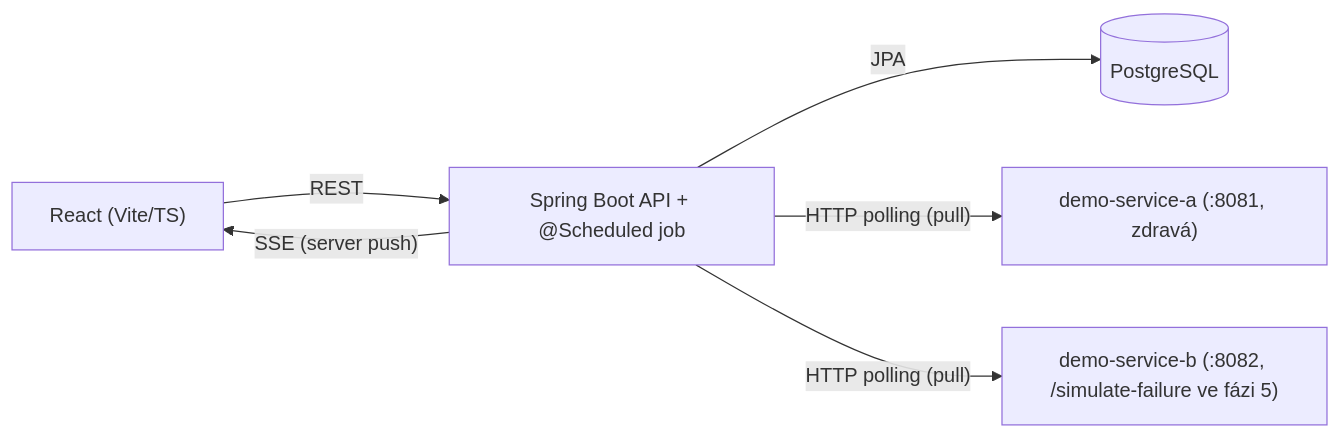
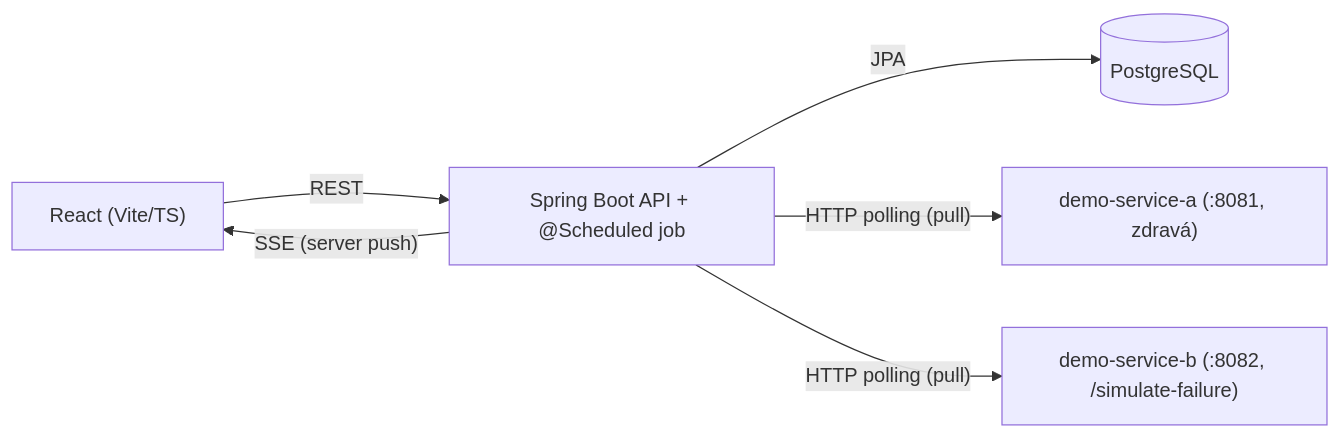
One commit to OndreCreates/monitoring_dashboard_app changed the diagram in README.md. Above: the diagram before and after it, drawn with Mermaid. The commit also changed other lines of this file and 7 other files, not shown here.

````diff
--- a/README.md
+++ b/README.md
@@ -9,14 +9,14 @@
 ```mermaid
 flowchart LR
     FE["React (Vite/TS)"]
     BE["Spring Boot API + @Scheduled job"]
     DB[(PostgreSQL)]
     DSA["demo-service-a (:8081, zdravá)"]
-    DSB["demo-service-b (:8082, /simulate-failure ve fázi 5)"]
+    DSB["demo-service-b (:8082, /simulate-failure)"]
 
     FE -- "REST" --> BE
     BE -- "SSE (server push)" --> FE
     BE -- "JPA" --> DB
     BE -- "HTTP polling (pull)" --> DSA
     BE -- "HTTP polling (pull)" --> DSB
 ```
````
